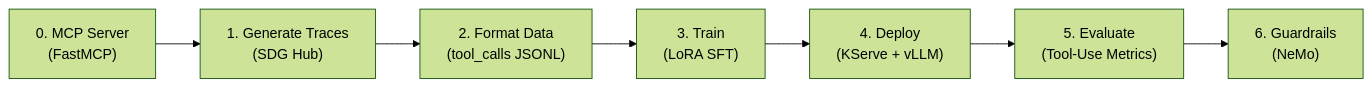
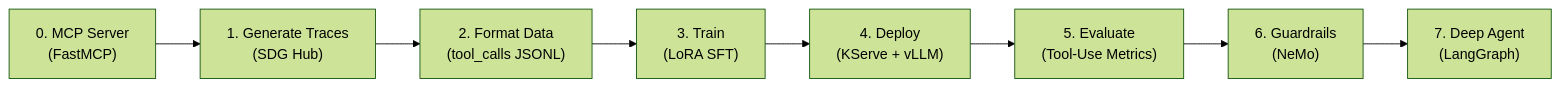
Before and after one commit to rrbanda/rhoai: the diagram in docs/end-to-end/tool-calling-financial.md, drawn with Mermaid (forest theme). The commit also changed other lines of this file and 17 other files, not shown here.

First line of the commit message:
add Deep Agent harness with runtime-validated docs and landing page improvements

````diff
--- a/docs/end-to-end/tool-calling-financial.md
+++ b/docs/end-to-end/tool-calling-financial.md
@@ -36,9 +36,10 @@
 ```mermaid
 graph LR
     A["0. MCP Server<br/>(FastMCP)"] --> B["1. Generate Traces<br/>(SDG Hub)"]
     B --> C["2. Format Data<br/>(tool_calls JSONL)"]
     C --> D["3. Train<br/>(LoRA SFT)"]
     D --> E["4. Deploy<br/>(KServe + vLLM)"]
     E --> F["5. Evaluate<br/>(Tool-Use Metrics)"]
     F --> G["6. Guardrails<br/>(NeMo)"]
+    G --> H["7. Deep Agent<br/>(LangGraph)"]
 ```
````
